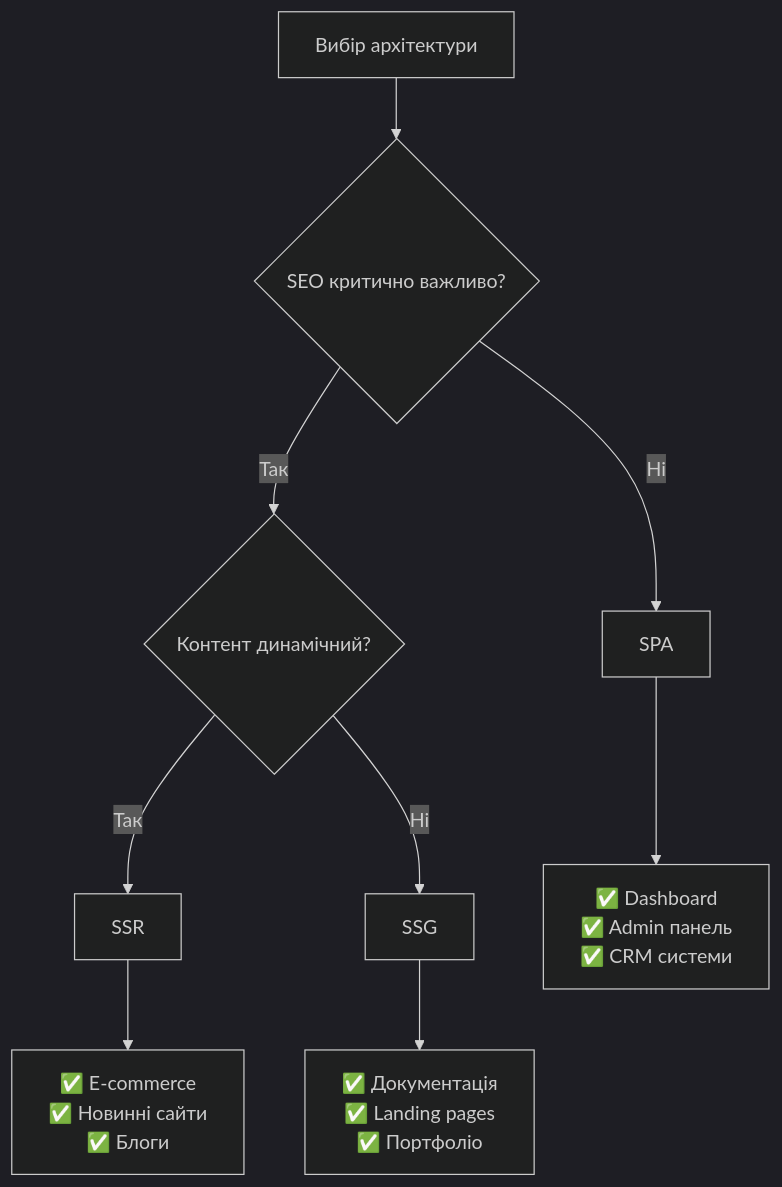
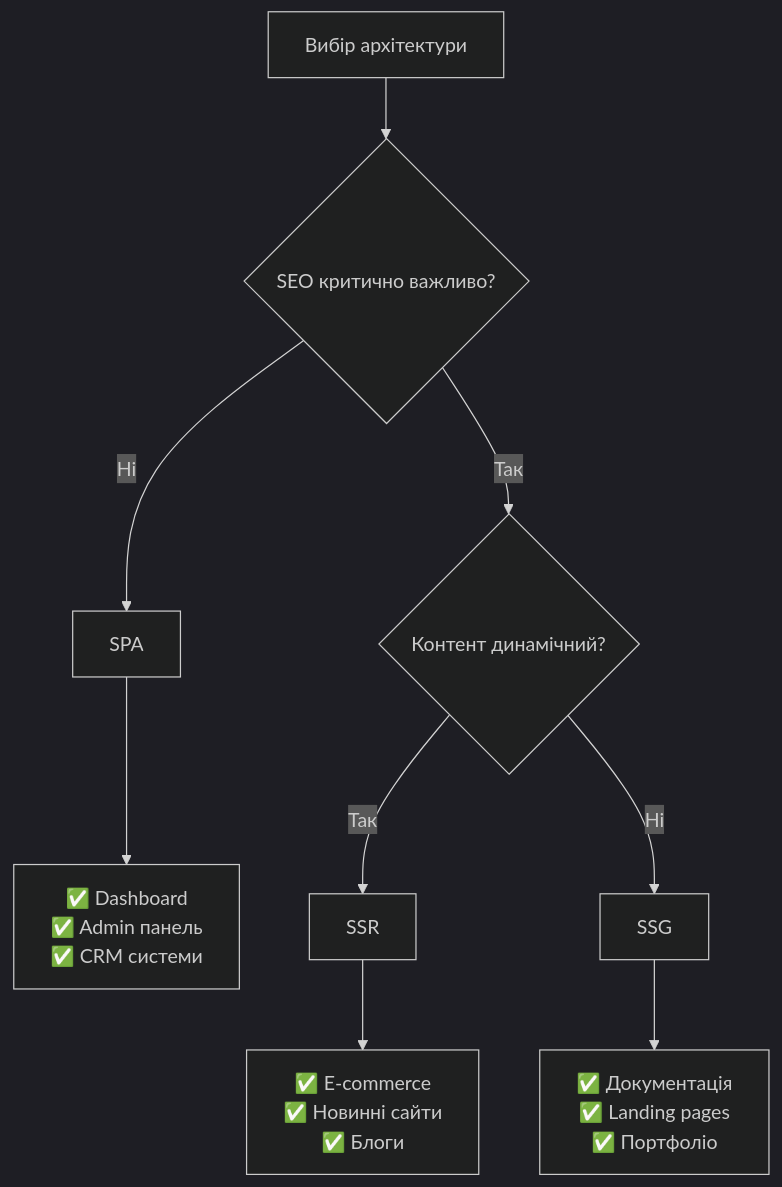
Diagram 14 of 17 in docs/lectures/lecture-01.md (olroi421/course-web), drawn with Mermaid (dark theme) before and after one commit. The commit also changed other lines of this file and 3 other files, not shown here.

````diff
--- a/docs/lectures/lecture-01.md
+++ b/docs/lectures/lecture-01.md
@@ -113,14 +975,15 @@
 ```mermaid
 flowchart TD
     A[Вибір архітектури] --> B{SEO критично важливо?}
 
-    B -->|Так| C{Контент динамічний?}
-    B -->|Ні| D[SPA]
+    B -->|Ні| C[SPA]
+    B -->|Так| D{Контент динамічний?}
 
-    C -->|Так| E[SSR]
-    C -->|Ні| F[SSG]
+    C --> G[✅ Dashboard<br/>✅ Admin панель<br/>✅ CRM системи]
 
-    D --> G[✅ Dashboard<br/>✅ Admin панель<br/>✅ CRM системи]
+    D -->|Так| E[SSR]
+    D -->|Ні| F[SSG]
+
     E --> H[✅ E-commerce<br/>✅ Новинні сайти<br/>✅ Блоги]
     F --> I[✅ Документація<br/>✅ Landing pages<br/>✅ Портфоліо]
 ```
````
